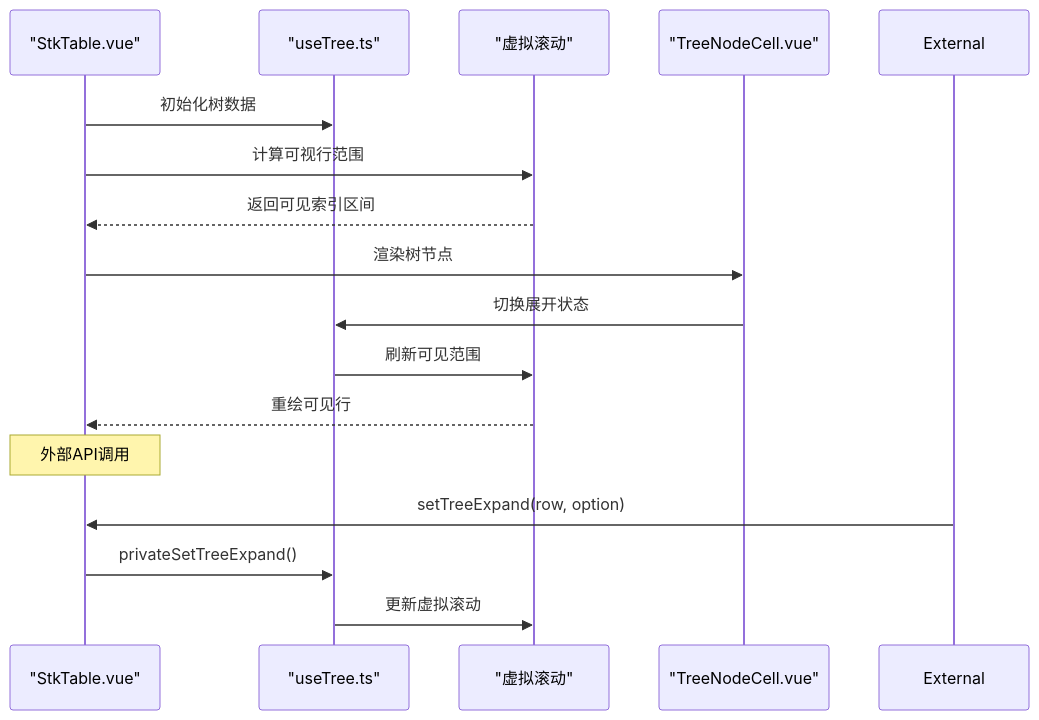
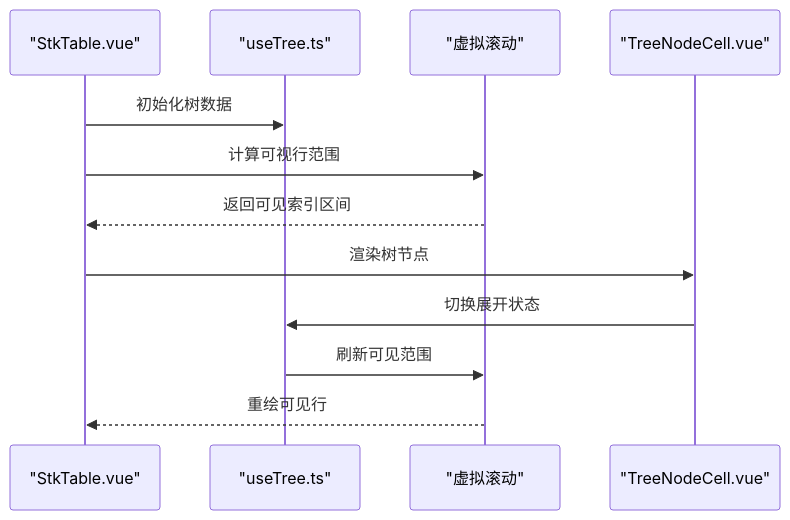
The fifth of 6 diagrams in .qoder/repowiki/zh/content/高级功能/树形数据.md (ja-plus/stk-table-vue), drawn with Mermaid before and after one commit. The commit also changed other lines of this file and 47 other files, not shown here.

````diff
--- a/.qoder/repowiki/zh/content/高级功能/树形数据.md
+++ b/.qoder/repowiki/zh/content/高级功能/树形数据.md
@@ -222,18 +212,14 @@
 ```mermaid
 sequenceDiagram
 participant Table as "StkTable.vue"
 participant Tree as "useTree.ts"
 participant Virtual as "虚拟滚动"
 participant Cell as "TreeNodeCell.vue"
 Table->>Tree : 初始化树数据
 Table->>Virtual : 计算可视行范围
 Virtual-->>Table : 返回可见索引区间
 Table->>Cell : 渲染树节点
 Cell->>Tree : 切换展开状态
 Tree->>Virtual : 刷新可见范围
 Virtual-->>Table : 重绘可见行
-Note over Table : 外部API调用
-External->>Table : setTreeExpand(row, option)
-Table->>Tree : privateSetTreeExpand()
-Tree->>Virtual : 更新虚拟滚动
 ```
````
